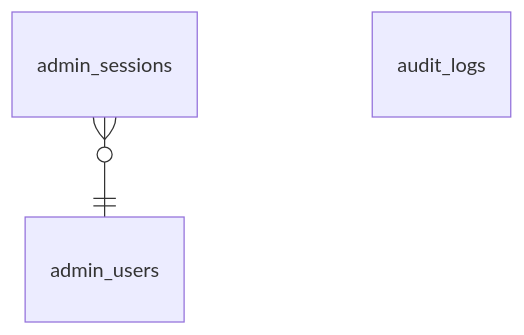
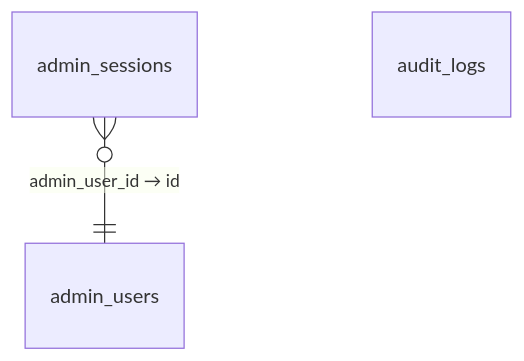
The sixth of 6 diagrams in DOC/Step 2/데이터베이스 스키마 설계서.md (obhht2302-ctrl/AIO_team_04_final_project), drawn with Mermaid before and after one commit. The commit also changed other lines of this file and 1 other file, not shown here.

````diff
--- a/DOC/Step 2/데이터베이스 스키마 설계서.md
+++ b/DOC/Step 2/데이터베이스 스키마 설계서.md
@@ -262,7 +211,5 @@
 ```mermaid
 erDiagram
-  admin_sessions }o--|| admin_users : ""
-  admin_users { }
-  admin_sessions { }
-  audit_logs { }
+  admin_sessions }o--|| admin_users : "admin_user_id → id"
+  audit_logs
 ```
````
